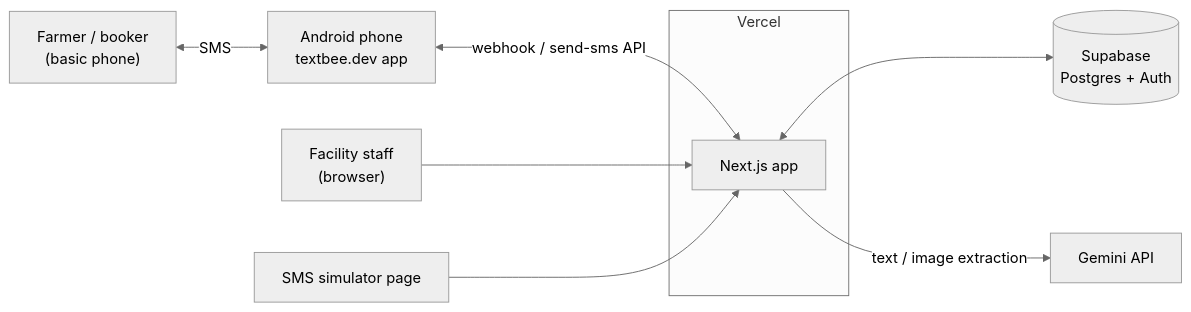
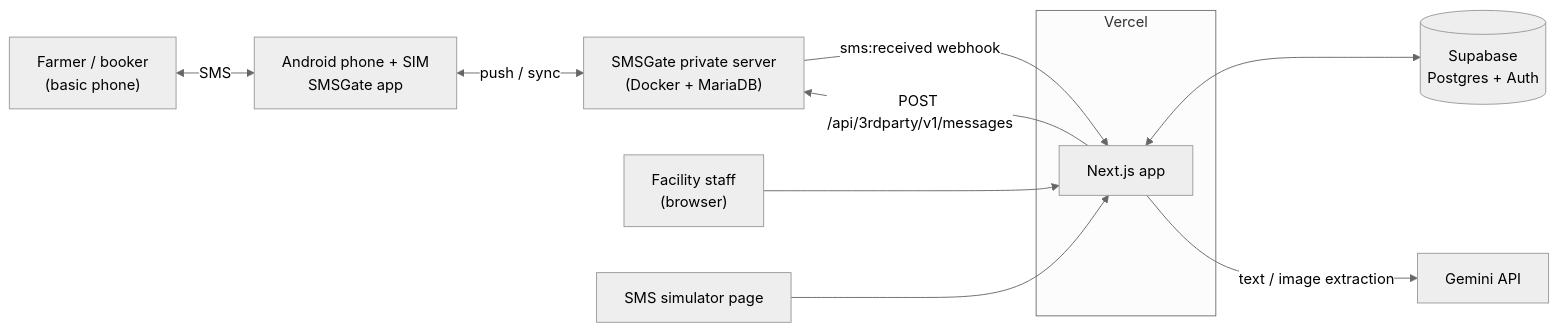
One commit to andrianllmm/hack-iloilo changed the first of 6 diagrams in TRD.md. Above: the diagram before and after it, drawn with Mermaid (neutral theme). The commit also changed other lines of this file, not shown here.

Commit message:
docs: switch SMS to self-hosted SMSGate

````diff
--- a/TRD.md
+++ b/TRD.md
@@ -34,12 +34,14 @@
 ```mermaid
 flowchart LR
-  farmer["Farmer / booker<br/>(basic phone)"] <-->|SMS| gw["Android phone<br/>textbee.dev app"]
-  gw <-->|"webhook / send-sms API"| app
+  farmer["Farmer / booker<br/>(basic phone)"] <-->|SMS| phone["Android phone + SIM<br/>SMSGate app"]
+  phone <-->|"push / sync"| gw["SMSGate private server<br/>(Docker + MariaDB)"]
+  gw -->|"sms:received webhook"| app
+  app -->|"POST /api/3rdparty/v1/messages"| gw
   staff["Facility staff<br/>(browser)"] --> app
   sim["SMS simulator page"] --> app
   subgraph vercel["Vercel"]
     app["Next.js app"]
   end
   app <--> db[("Supabase<br/>Postgres + Auth")]
   app -->|"text / image extraction"| ai["Gemini API"]
 ```
````
